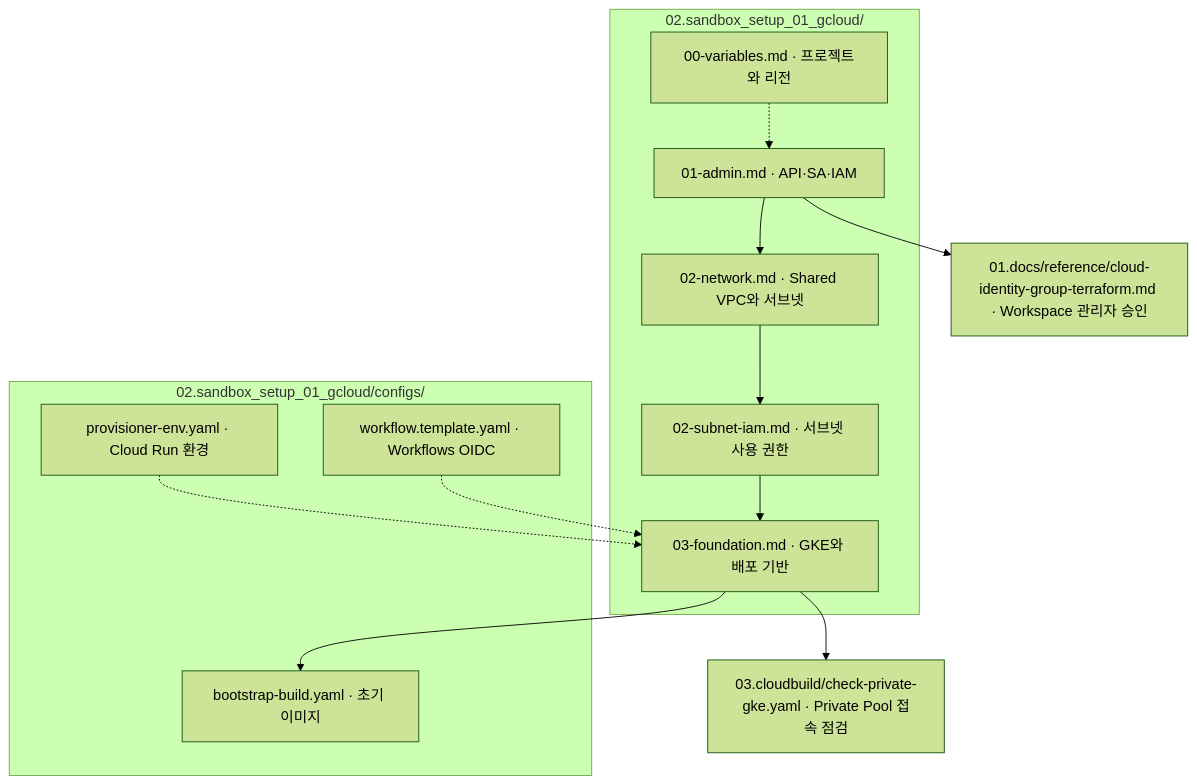
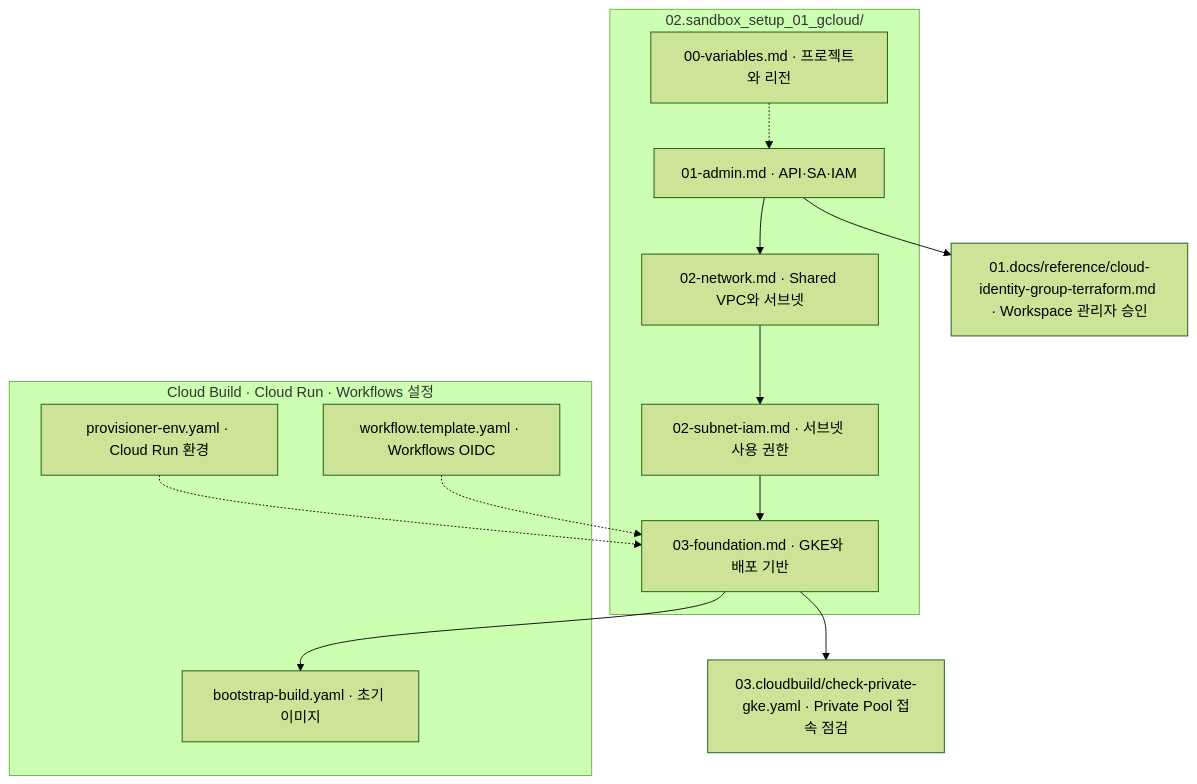
One commit to sonmap/https-github.com-sonmap-GCP_SBX_Test02 changed the first of 6 diagrams in 01.docs/reference/file-relationships.md. Above: the diagram before and after it, drawn with Mermaid (forest theme). The commit also changed other lines of this file and 20 other files, not shown here.

````diff
--- a/01.docs/reference/file-relationships.md
+++ b/01.docs/reference/file-relationships.md
@@ -9,22 +9,22 @@
 ```mermaid
 flowchart TD
     subgraph MANUAL["02.sandbox_setup_01_gcloud/"]
       VAR["00-variables.md · 프로젝트와 리전"]
       ADM["01-admin.md · API·SA·IAM"]
       NET["02-network.md · Shared VPC와 서브넷"]
       IAM["02-subnet-iam.md · 서브넷 사용 권한"]
       FOUND["03-foundation.md · GKE와 배포 기반"]
       VAR -.-> ADM
       ADM --> NET --> IAM --> FOUND
     end
-    subgraph CONF["02.sandbox_setup_01_gcloud/configs/"]
+    subgraph CONF["Cloud Build · Cloud Run · Workflows 설정"]
       BOOT["bootstrap-build.yaml · 초기 이미지"]
       ENV["provisioner-env.yaml · Cloud Run 환경"]
       WF["workflow.template.yaml · Workflows OIDC"]
     end
     FOUND --> BOOT
     ENV -.-> FOUND
     WF -.-> FOUND
     ADM --> WS["01.docs/reference/cloud-identity-group-terraform.md · Workspace 관리자 승인"]
     FOUND --> CHECK["03.cloudbuild/check-private-gke.yaml · Private Pool 접속 점검"]
 ```
````
